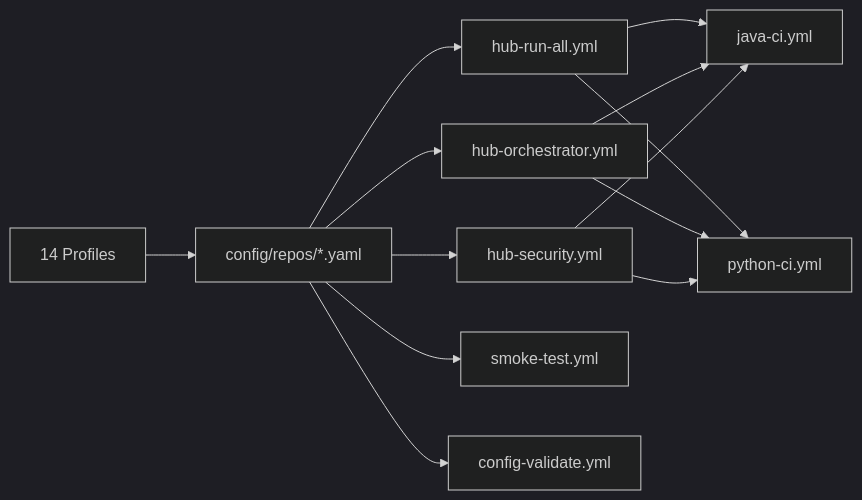
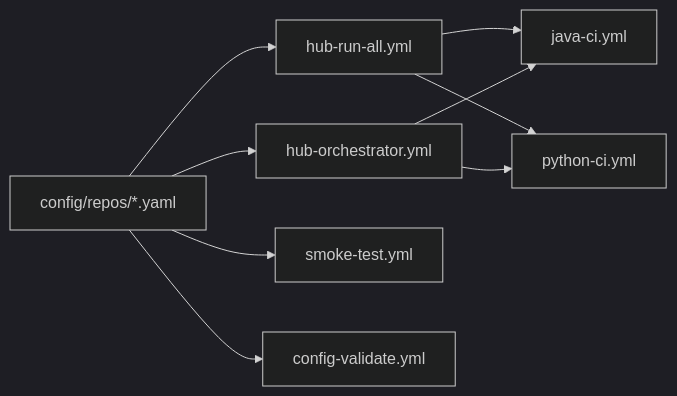
Before and after one commit to jguida941/ci-cd-hub: the diagram in README.md, drawn with Mermaid (dark theme). The commit also changed other lines of this file and 11 other files, not shown here.

Commit message:
Refine hub runs: run_group filter and full Python artifacts

````diff
--- a/README.md
+++ b/README.md
@@ -35,15 +15,11 @@
 ```mermaid
 flowchart LR
-    Profiles[14 Profiles] --> Config[config/repos/*.yaml]
-    Config --> RunAll[hub-run-all.yml]
-    Config --> Orch[hub-orchestrator.yml]
-    Config --> Security[hub-security.yml]
-    Config --> Smoke[smoke-test.yml]
-    Config --> Validate[config-validate.yml]
+    Configs[config/repos/*.yaml] --> RunAll[hub-run-all.yml]
+    Configs --> Orch[hub-orchestrator.yml]
+    Configs --> Smoke[smoke-test.yml]
+    Configs --> Validate[config-validate.yml]
     RunAll --> JavaCI[java-ci.yml]
     RunAll --> PythonCI[python-ci.yml]
     Orch --> JavaCI
     Orch --> PythonCI
-    Security --> JavaCI
-    Security --> PythonCI
 ```
````
